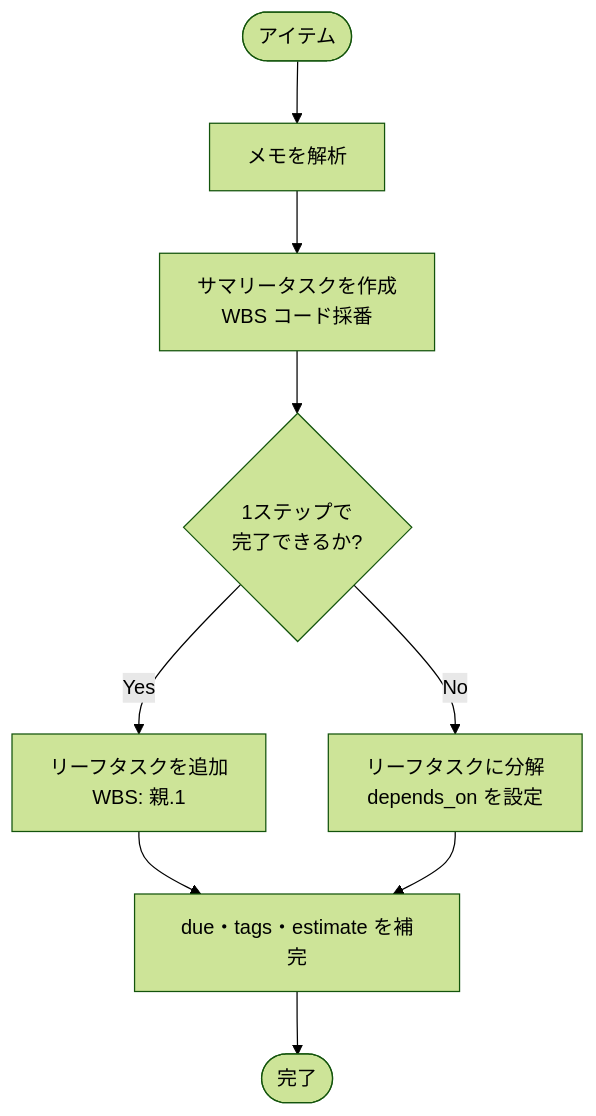
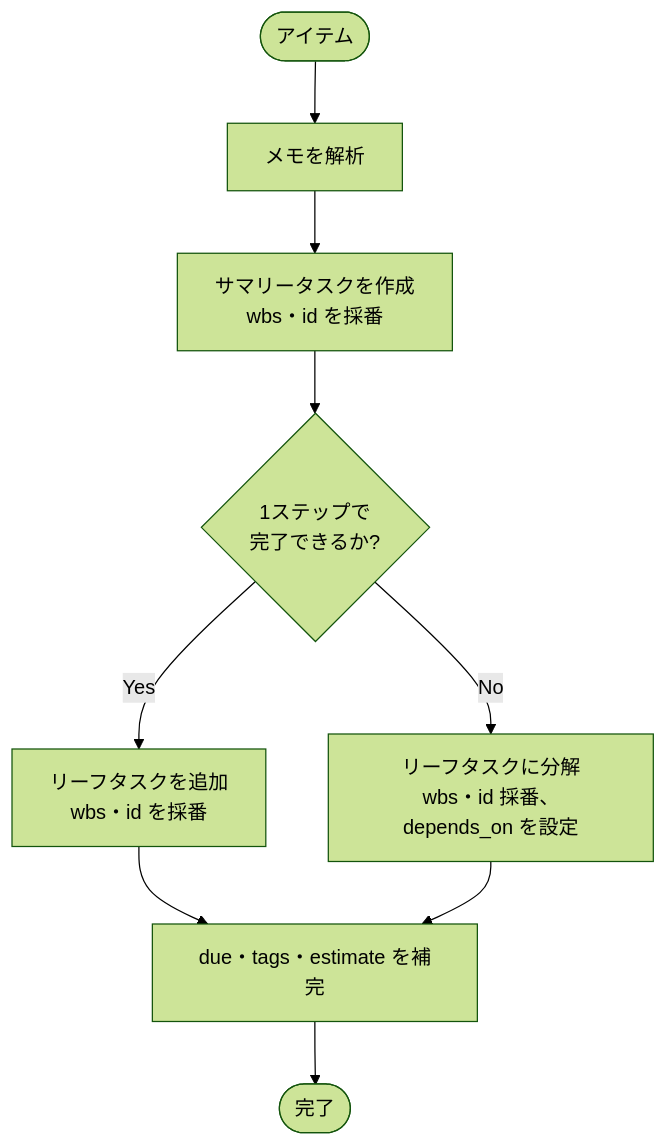
The third of 3 diagrams in prompts/task-streamliner/docs/explanation/inbox-processing.md (yasuhiro112358/ai-agent-toolkit), drawn with Mermaid (forest theme) before and after one commit.

Commit message:
fix(task-streamliner): add id assignment to WBS decomposition diagram in inbox-processing.md
Diagram was created before id/wbs separation was implemented.
Now shows wbs and id are both assigned when creating summary and leaf tasks.

````diff
--- a/prompts/task-streamliner/docs/explanation/inbox-processing.md
+++ b/prompts/task-streamliner/docs/explanation/inbox-processing.md
@@ -54,14 +54,14 @@
 ```mermaid
 flowchart TD
     S([アイテム])
     E([完了])
 
     S --> Parse["メモを解析"]
-    Parse --> CreateST["サマリータスクを作成\nWBS コード採番"]
+    Parse --> CreateST["サマリータスクを作成\nwbs・id を採番"]
     CreateST --> Atomic{1ステップで\n完了できるか?}
-    Atomic -- Yes --> OneLeaf["リーフタスクを追加\nWBS: 親.1"]
-    Atomic -- No --> MultiLeaf["リーフタスクに分解\ndepends_on を設定"]
+    Atomic -- Yes --> OneLeaf["リーフタスクを追加\nwbs・id を採番"]
+    Atomic -- No --> MultiLeaf["リーフタスクに分解\nwbs・id 採番、depends_on を設定"]
     OneLeaf --> Fill["due・tags・estimate を補完"]
     MultiLeaf --> Fill
     Fill --> E
 ```
````
